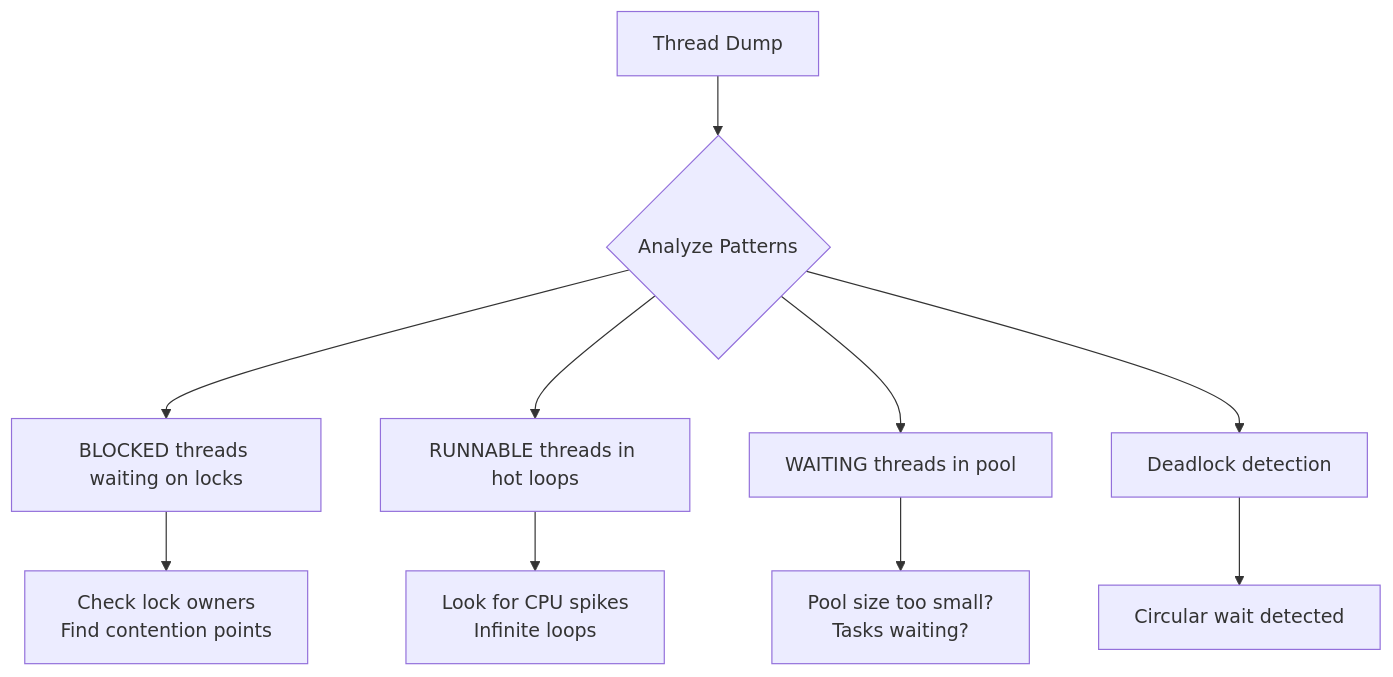
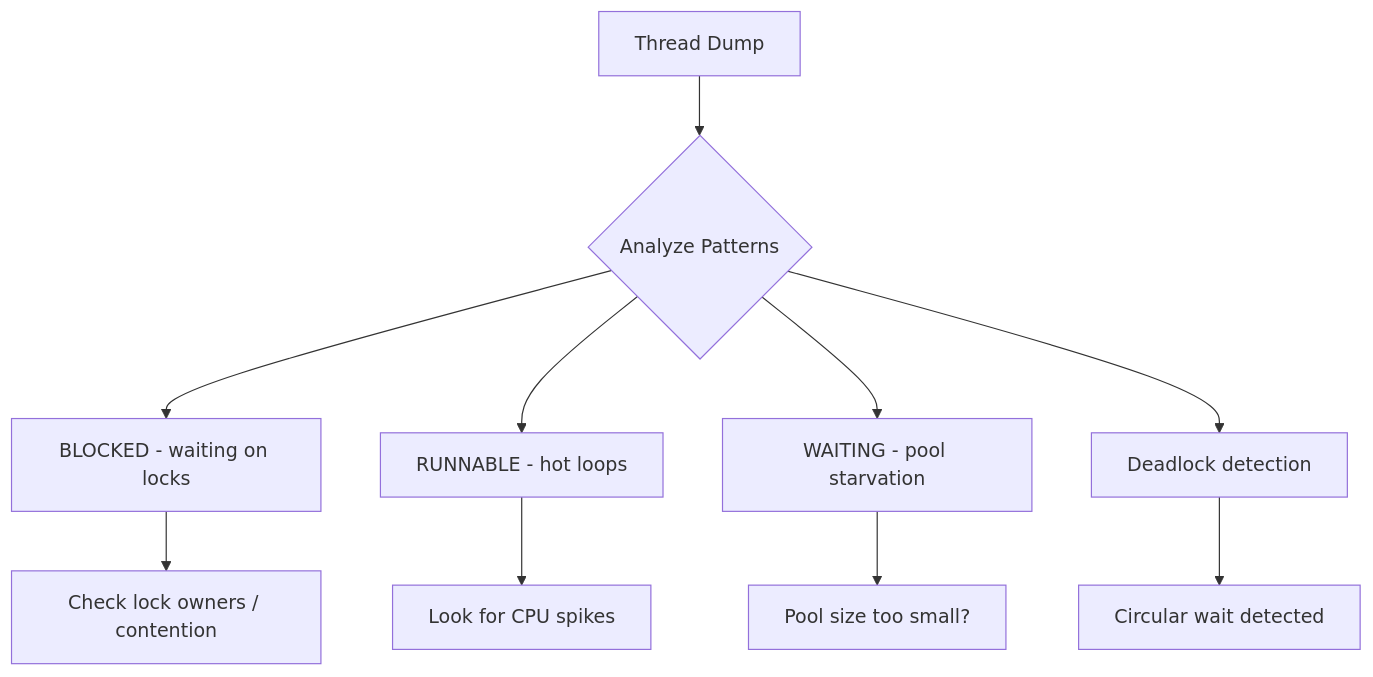
One commit to sunilkdasdev/writeups changed the fourth of 10 diagrams in inteview1.md. Above: the diagram before and after it, drawn with Mermaid. The commit also changed other lines of this file, not shown here.

````diff
--- a/inteview1.md
+++ b/inteview1.md
@@ -256,13 +152,12 @@
 ```mermaid
 graph TD
     A[Thread Dump] --> B{Analyze Patterns}
-    B --> C[BLOCKED threads waiting on locks]
-    B --> D[RUNNABLE threads in hot loops]
-    B --> E[WAITING threads in pool]
+    B --> C[BLOCKED - waiting on locks]
+    B --> D[RUNNABLE - hot loops]
+    B --> E[WAITING - pool starvation]
     B --> F[Deadlock detection]
-    
-    C --> G[Check lock owners<br/>Find contention points]
-    D --> H[Look for CPU spikes<br/>Infinite loops]
-    E --> I[Pool size too small?<br/>Tasks waiting?]
+    C --> G[Check lock owners / contention]
+    D --> H[Look for CPU spikes]
+    E --> I[Pool size too small?]
     F --> J[Circular wait detected]
 ```
````
